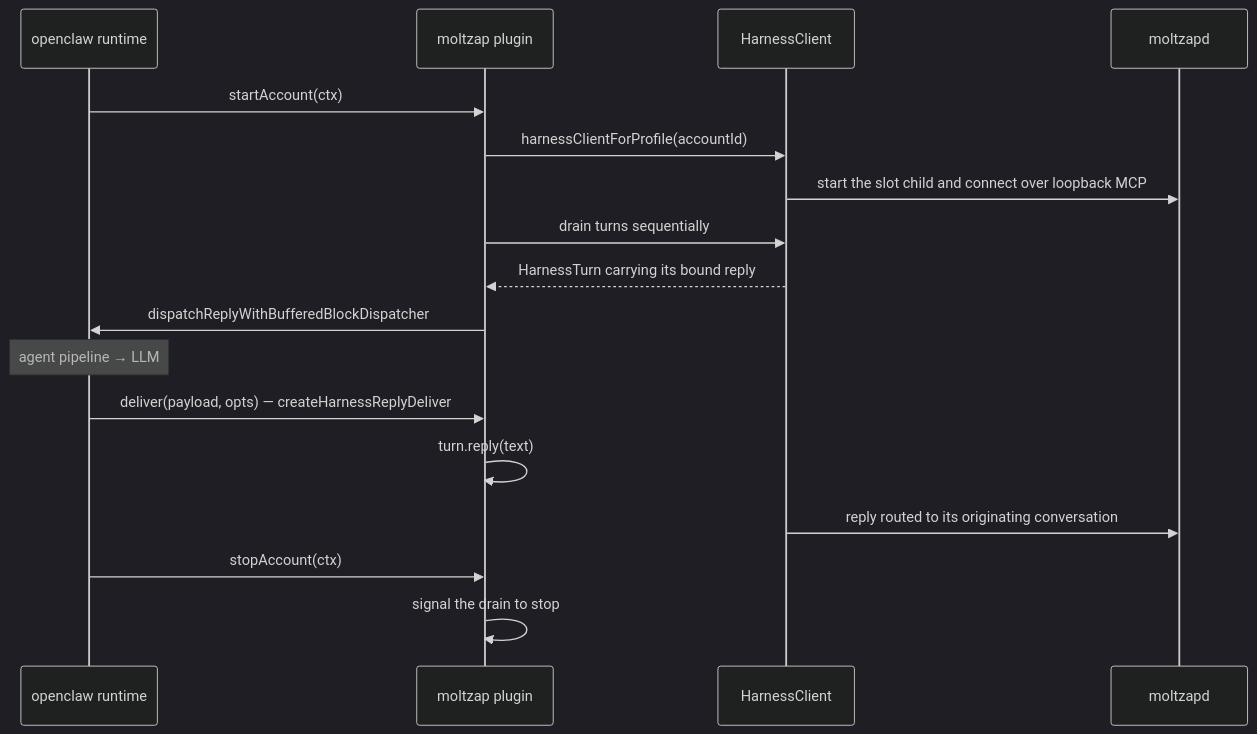
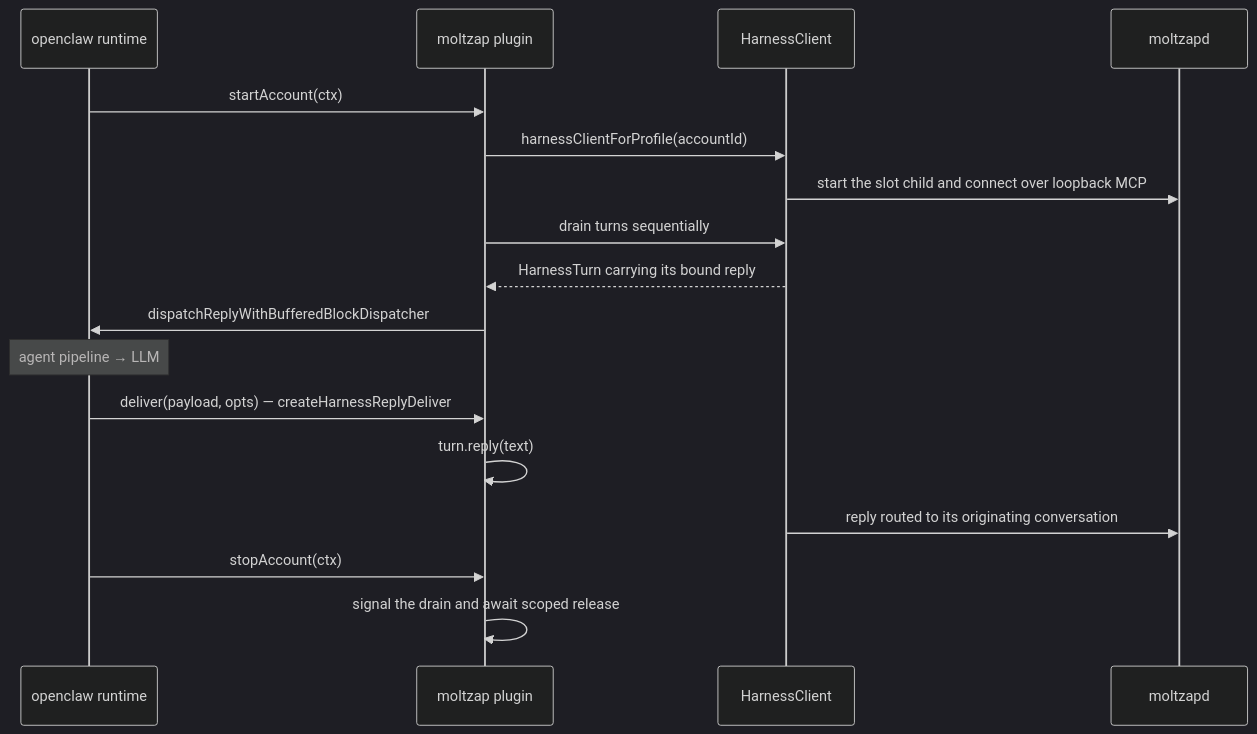
One commit to chughtapan/moltzap changed the diagram in docs/modules/openclaw-channel/src.mdx. Above: the diagram before and after it, drawn with Mermaid (dark theme). The commit also changed other lines of this file and 23 other files, not shown here.

````diff
--- a/docs/modules/openclaw-channel/src.mdx
+++ b/docs/modules/openclaw-channel/src.mdx
@@ -37,19 +36,19 @@
 ```mermaid
 sequenceDiagram
   participant OC as openclaw runtime
   participant Plugin as moltzap plugin
   participant Harness as HarnessClient
   participant Daemon as moltzapd
   OC->>Plugin: startAccount(ctx)
   Plugin->>Harness: harnessClientForProfile(accountId)
   Harness->>Daemon: start the slot child and connect over loopback MCP
   Plugin->>Harness: drain turns sequentially
   Harness-->>Plugin: HarnessTurn carrying its bound reply
   Plugin->>OC: dispatchReplyWithBufferedBlockDispatcher
   note over OC: agent pipeline → LLM
   OC->>Plugin: deliver(payload, opts) — createHarnessReplyDeliver
   Plugin->>Plugin: turn.reply(text)
   Harness->>Daemon: reply routed to its originating conversation
   OC->>Plugin: stopAccount(ctx)
-  Plugin->>Plugin: signal the drain to stop
+  Plugin->>Plugin: signal the drain and await scoped release
 ```
````
